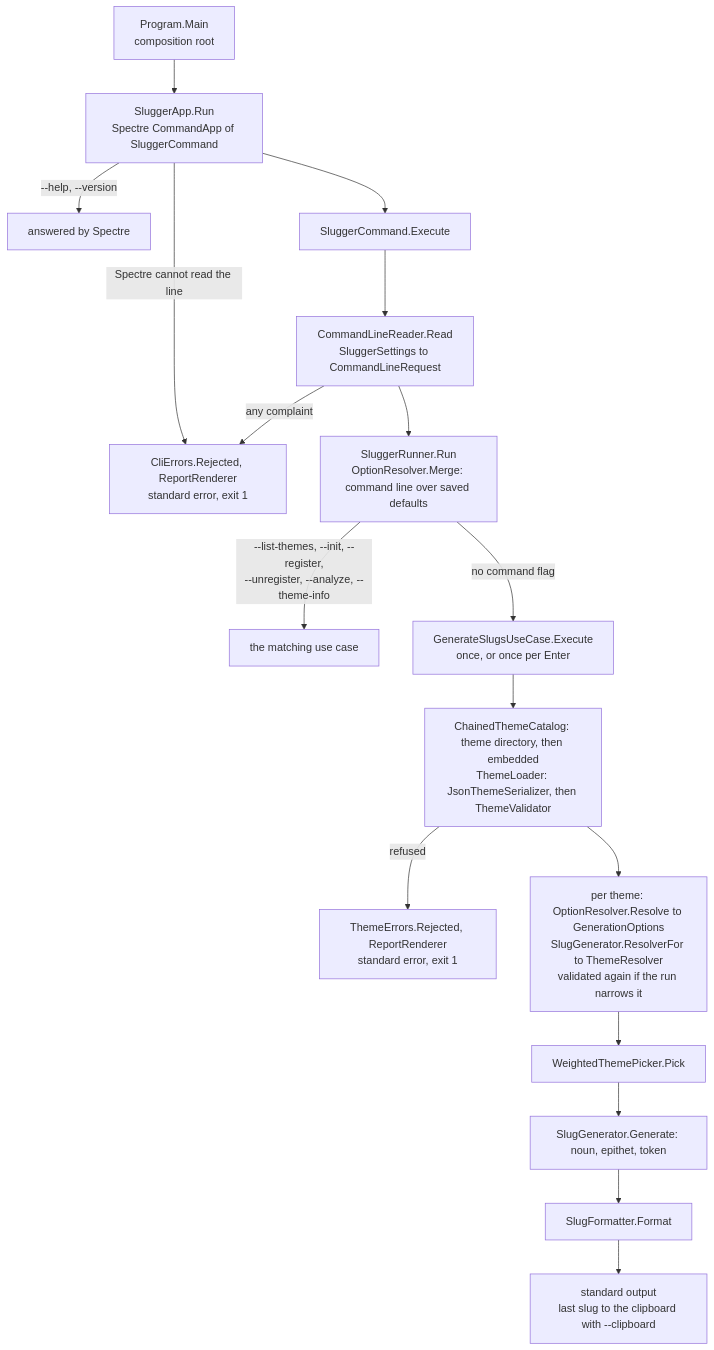
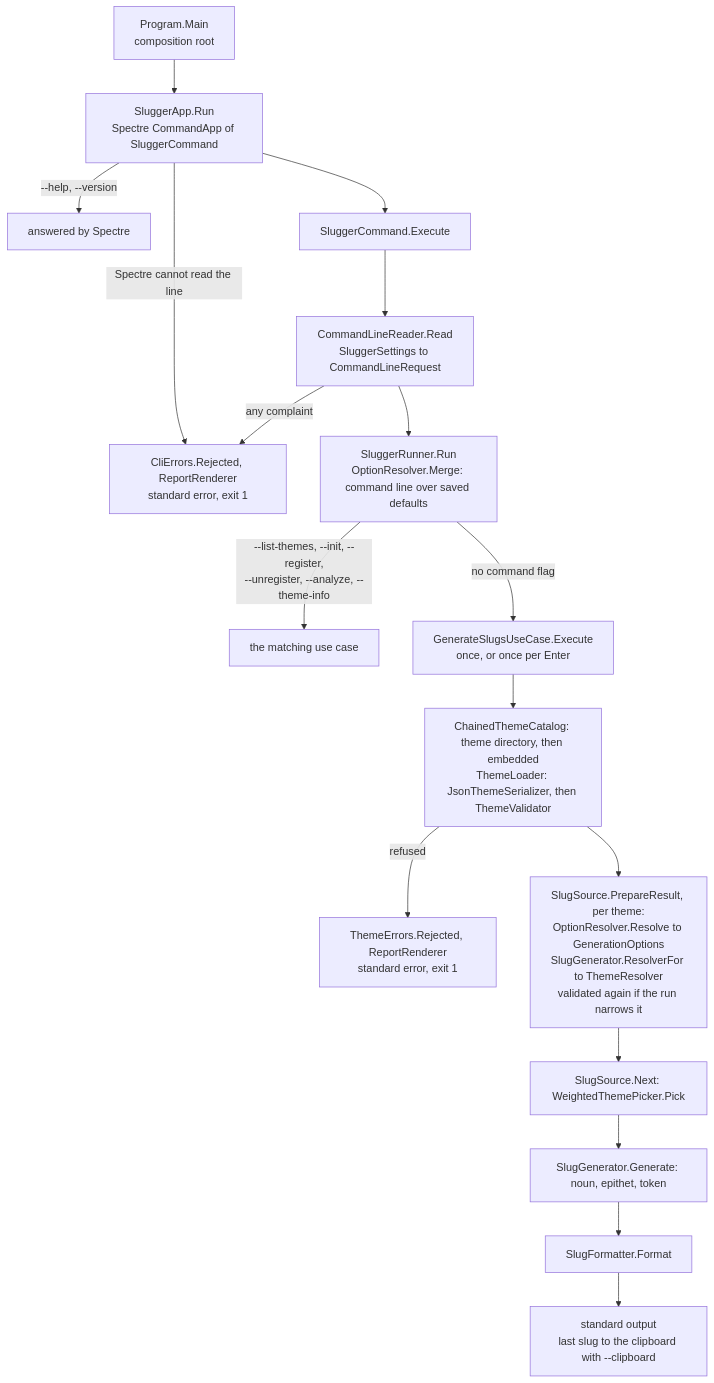
Before and after one commit to Reefact/slugger: the diagram in docs/architecture.md, drawn with Mermaid. The commit also changed other lines of this file and 8 other files, not shown here.

First line of the commit message:
feat(generation): prepare a theme once with SlugSource, checked as the command checks it

````diff
--- a/docs/architecture.md
+++ b/docs/architecture.md
@@ -97,19 +97,19 @@
 ```mermaid
 flowchart TD
     main["Program.Main<br/>composition root"] --> app["SluggerApp.Run<br/>Spectre CommandApp of SluggerCommand"]
     app -->|"--help, --version"| spectre["answered by Spectre"]
     app -->|"Spectre cannot read the line"| refused
     app --> command["SluggerCommand.Execute"]
     command --> reader["CommandLineReader.Read<br/>SluggerSettings to CommandLineRequest"]
     reader -->|"any complaint"| refused["CliErrors.Rejected, ReportRenderer<br/>standard error, exit 1"]
     reader --> runner["SluggerRunner.Run<br/>OptionResolver.Merge: command line over saved defaults"]
     runner -->|"--list-themes, --init, --register,<br/>--unregister, --analyze, --theme-info"| other["the matching use case"]
     runner -->|"no command flag"| generate["GenerateSlugsUseCase.Execute<br/>once, or once per Enter"]
     generate --> load["ChainedThemeCatalog: theme directory, then embedded<br/>ThemeLoader: JsonThemeSerializer, then ThemeValidator"]
     load -->|"refused"| themeRefused["ThemeErrors.Rejected, ReportRenderer<br/>standard error, exit 1"]
-    load --> prepare["per theme: OptionResolver.Resolve to GenerationOptions<br/>SlugGenerator.ResolverFor to ThemeResolver<br/>validated again if the run narrows it"]
-    prepare --> pick["WeightedThemePicker.Pick"]
+    load --> prepare["SlugSource.PrepareResult, per theme:<br/>OptionResolver.Resolve to GenerationOptions<br/>SlugGenerator.ResolverFor to ThemeResolver<br/>validated again if the run narrows it"]
+    prepare --> pick["SlugSource.Next: WeightedThemePicker.Pick"]
     pick --> draw["SlugGenerator.Generate: noun, epithet, token"]
     draw --> format["SlugFormatter.Format"]
     format --> out["standard output<br/>last slug to the clipboard with --clipboard"]
 ```
````
